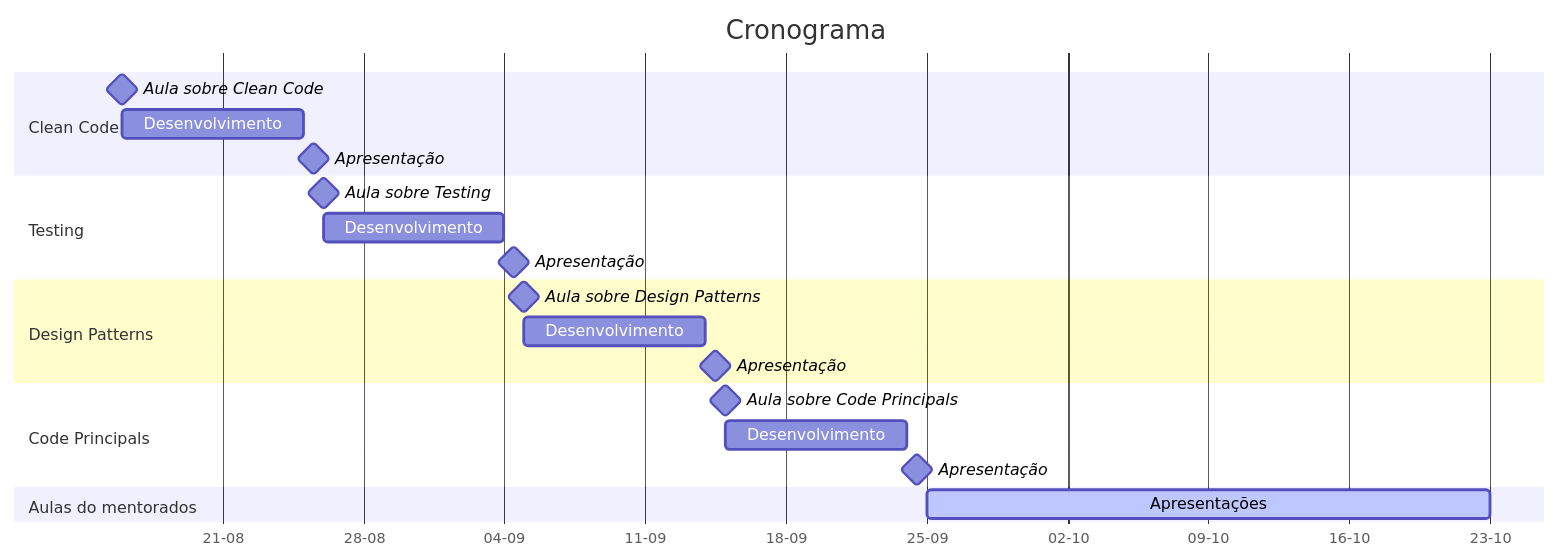
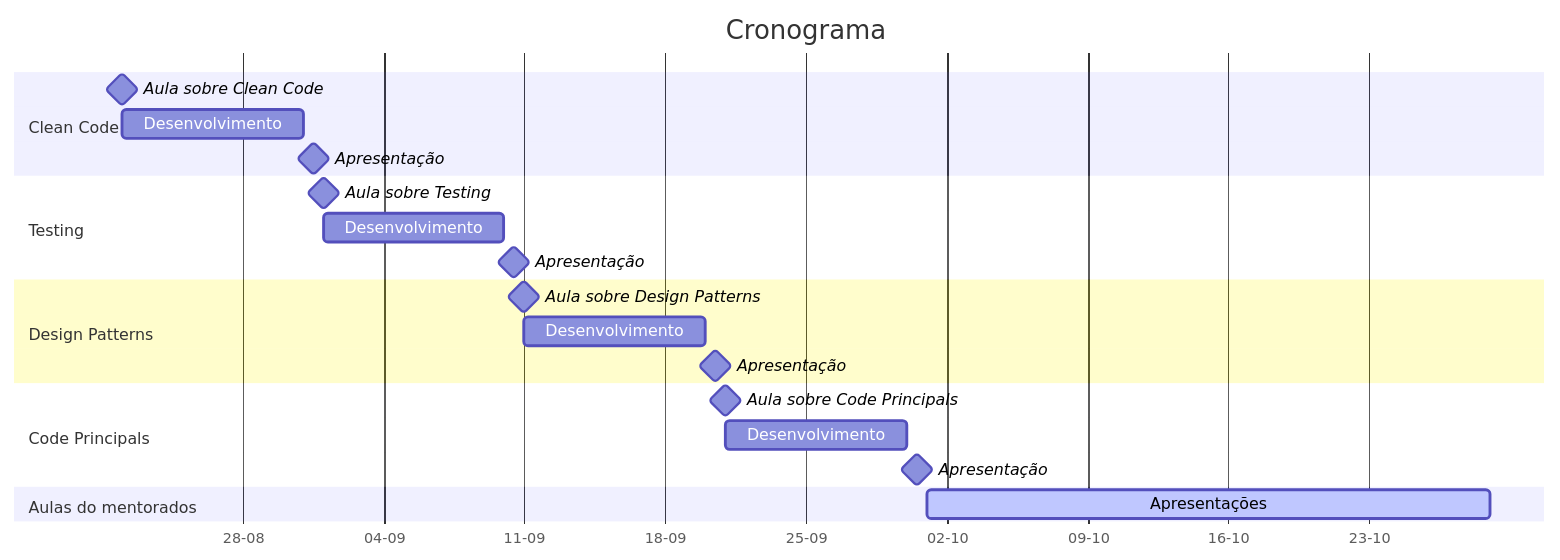
The first of 4 diagrams in team_training/dojo_mentoring/proposta_dojo.md (BrunoBiluca/biluca-knowledge), drawn with Mermaid before and after one commit. The commit also changed other lines of this file, not shown here.

````diff
--- a/team_training/dojo_mentoring/proposta_dojo.md
+++ b/team_training/dojo_mentoring/proposta_dojo.md
@@ -40,30 +40,30 @@
 ```mermaid
 gantt
     title Cronograma
     dateFormat  DD-MM-YYYY
     axisFormat %d-%m
     todayMarker off
 
     section Clean Code
-    Aula sobre Clean Code         :milestone, m1, 16-08-2022, 0d
+    Aula sobre Clean Code         :milestone, m1, 22-08-2022, 0d
     Desenvolvimento               :dev1, after m1, 9d
     Apresentação                  :milestone, m2, after dev1, 1d
 
     section Testing
     Aula sobre Testing            :milestone, m3, after m2, 0d
     Desenvolvimento               :dev2, after m3, 9d
     Apresentação                  :milestone, m4, after dev2, 1d
 
     section Design Patterns
     Aula sobre Design Patterns    :milestone, m5, after m4, 0d
     Desenvolvimento               :dev3, after m5, 9d
     Apresentação                  :milestone, m6, after dev3, 1d
 
     section Code Principals
     Aula sobre Code Principals    :milestone, m7, after m6, 0d
     Desenvolvimento               :dev4, after m7, 9d
     Apresentação                  :milestone, m8, after dev4, 1d
 
     section Aulas do mentorados
     Apresentações            :active, m9, after m8, 4w
 ```
````
